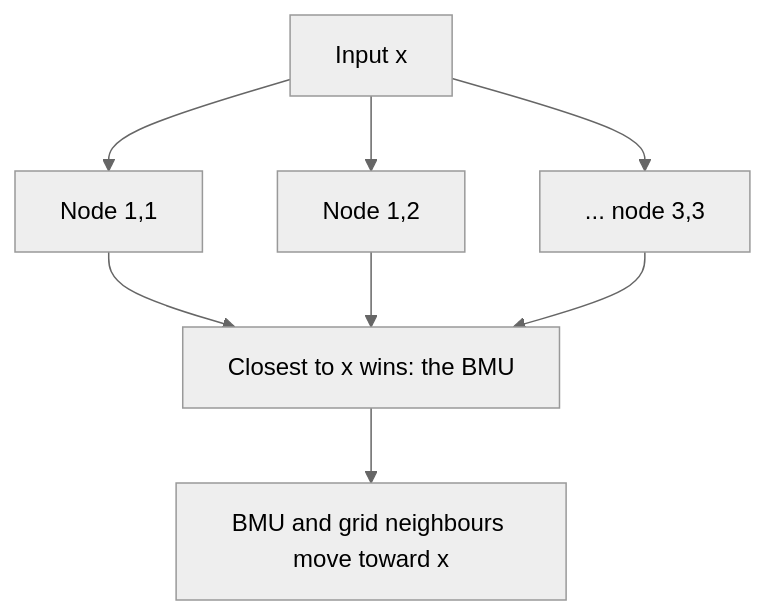
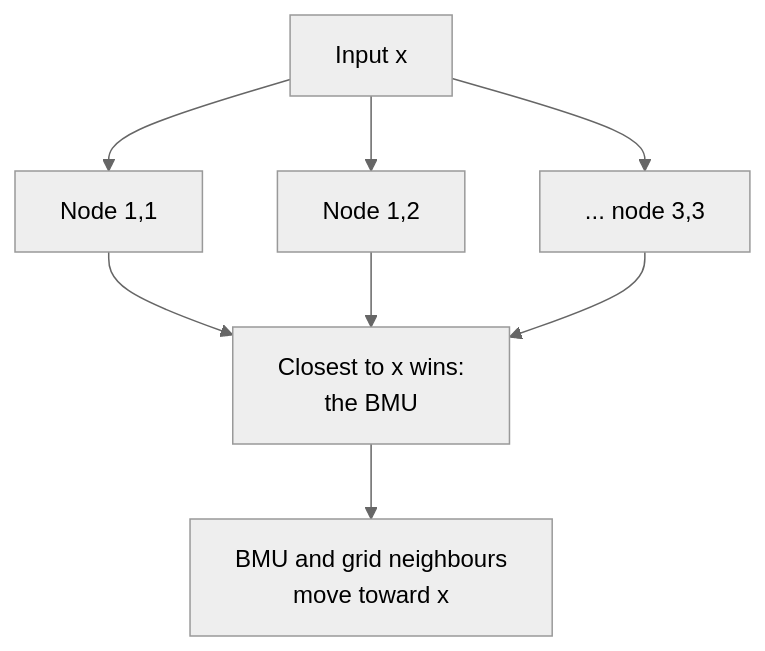
One commit to lubdhak7414/lubdhak7414.github.io changed the diagram in src/content/post/cse425-final-kohonen-som/index.md. Above: the diagram before and after it, drawn with Mermaid (neutral theme). The commit also changed other lines of this file and 174 other files, not shown here.

First line of the commit message:
CSE 425 course hub, series polish, math and figure fixes, site-wide polish pass

````diff
--- a/src/content/post/cse425-final-kohonen-som/index.md
+++ b/src/content/post/cse425-final-kohonen-som/index.md
@@ -29,10 +30,10 @@
 ```mermaid
 flowchart TD
     X["Input x"] --> N1["Node 1,1"]
     X --> N2["Node 1,2"]
     X --> N9["... node 3,3"]
-    N1 --> W["Closest to x wins: the BMU"]
+    N1 --> W["Closest to x wins:<br/>the BMU"]
     N2 --> W
     N9 --> W
-    W --> U["BMU and grid neighbours move toward x"]
+    W --> U["BMU and grid neighbours<br/>move toward x"]
 ```
````
